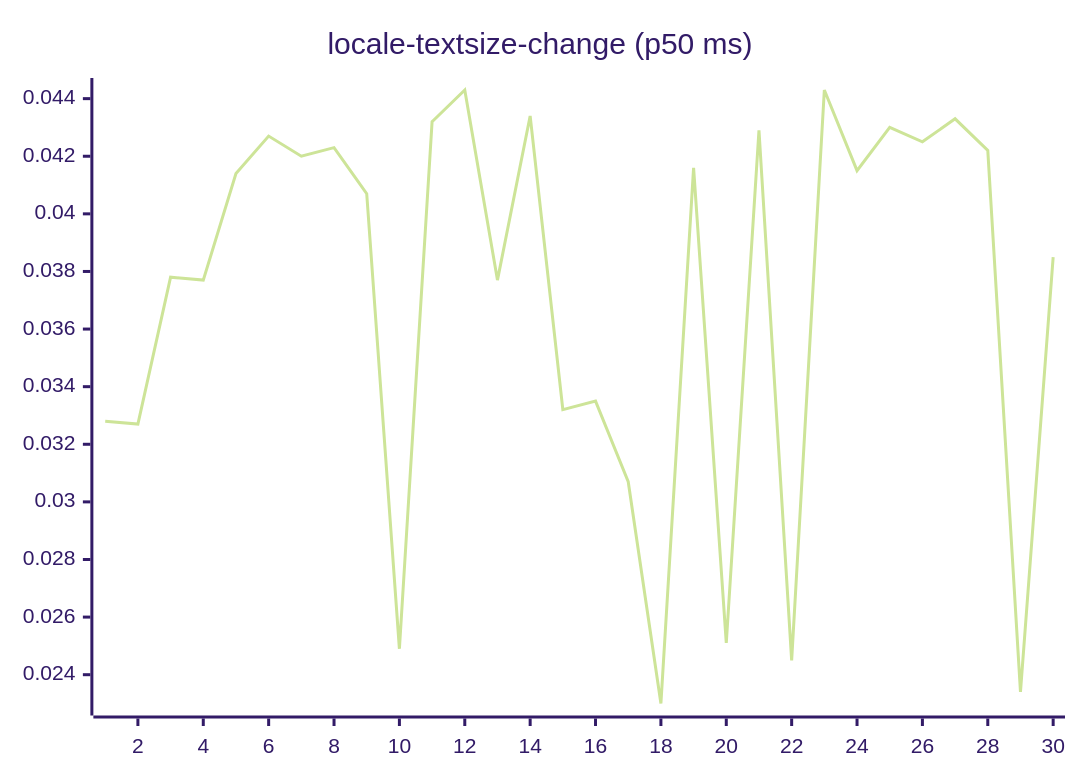
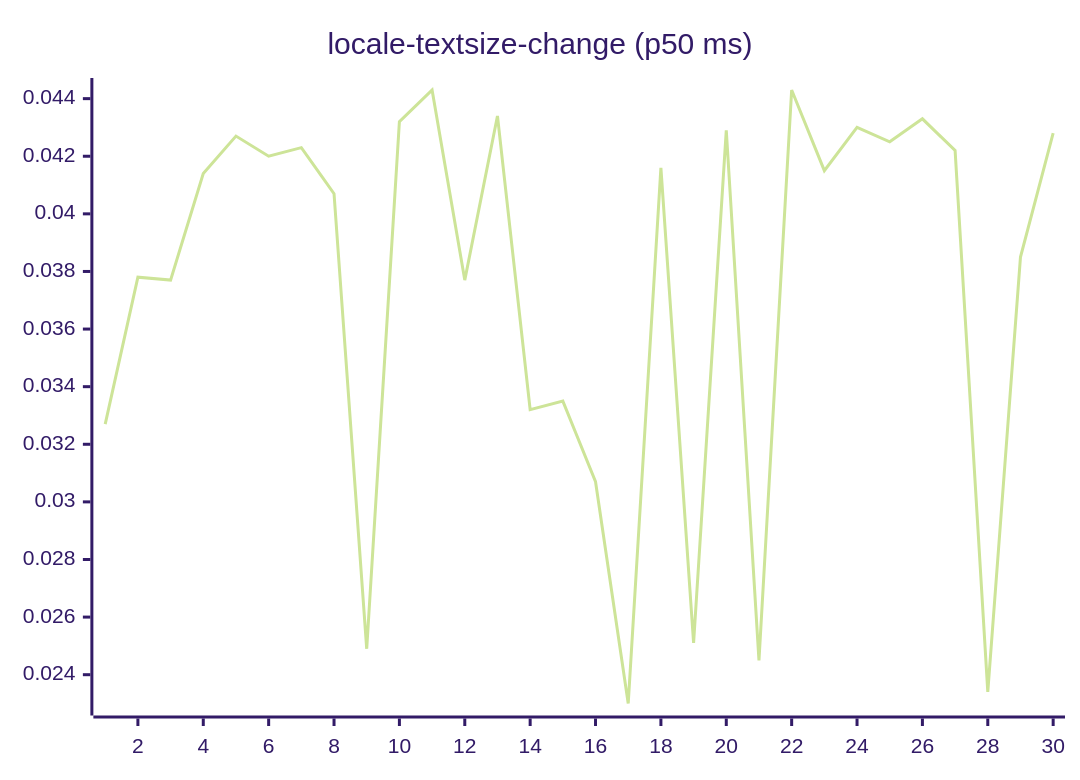
Before and after one commit to josha/Facet: diagram 13 of 27 in README.md, drawn with Mermaid (forest theme). The commit also changed other lines of this file and 2 other files, not shown here.

````diff
--- a/README.md
+++ b/README.md
@@ -147,6 +147,6 @@
 ```mermaid
 xychart-beta
     title "locale-textsize-change (p50 ms)"
     x-axis 1 --> 30
-    line [0.0328, 0.0327, 0.0378, 0.0377, 0.0414, 0.0427, 0.0420, 0.0423, 0.0407, 0.0249, 0.0432, 0.0443, 0.0377, 0.0434, 0.0332, 0.0335, 0.0307, 0.0230, 0.0416, 0.0251, 0.0429, 0.0245, 0.0443, 0.0415, 0.0430, 0.0425, 0.0433, 0.0422, 0.0234, 0.0385]
+    line [0.0327, 0.0378, 0.0377, 0.0414, 0.0427, 0.0420, 0.0423, 0.0407, 0.0249, 0.0432, 0.0443, 0.0377, 0.0434, 0.0332, 0.0335, 0.0307, 0.0230, 0.0416, 0.0251, 0.0429, 0.0245, 0.0443, 0.0415, 0.0430, 0.0425, 0.0433, 0.0422, 0.0234, 0.0385, 0.0428]
 ```
````
